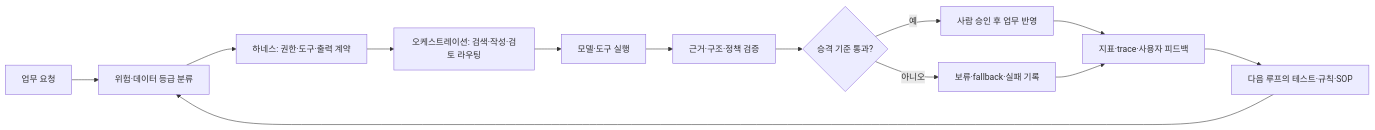
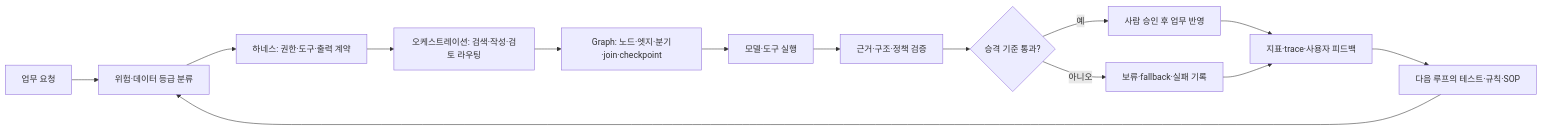
Before and after one commit to tttksj404/ai-harness-loop-orchestration: the diagram in README.md, drawn with Mermaid. The commit also changed other lines of this file and 6 other files, not shown here.

Commit message:
docs: add graph engineering guide

````diff
--- a/README.md
+++ b/README.md
@@ -11,15 +11,16 @@
 ```mermaid
 flowchart LR
-    A[업무 요청] --> B[위험·데이터 등급 분류]
-    B --> C[하네스: 권한·도구·출력 계약]
-    C --> D[오케스트레이션: 검색·작성·검토 라우팅]
-    D --> E[모델·도구 실행]
-    E --> F[근거·구조·정책 검증]
-    F --> G{승격 기준 통과?}
-    G -->|예| H[사람 승인 후 업무 반영]
-    G -->|아니오| I[보류·fallback·실패 기록]
-    H --> J[지표·trace·사용자 피드백]
-    I --> J
-    J --> K[다음 루프의 테스트·규칙·SOP]
-    K --> B
+    A["업무 요청"] --> B["위험·데이터 등급 분류"]
+    B --> C["하네스: 권한·도구·출력 계약"]
+    C --> D["오케스트레이션: 검색·작성·검토 라우팅"]
+    D --> E["Graph: 노드·엣지·분기·join·checkpoint"]
+    E --> F["모델·도구 실행"]
+    F --> G["근거·구조·정책 검증"]
+    G --> H{"승격 기준 통과?"}
+    H -->|"예"| I["사람 승인 후 업무 반영"]
+    H -->|"아니오"| J["보류·fallback·실패 기록"]
+    I --> K["지표·trace·사용자 피드백"]
+    J --> K
+    K --> L["다음 루프의 테스트·규칙·SOP"]
+    L --> B
 ```
````
